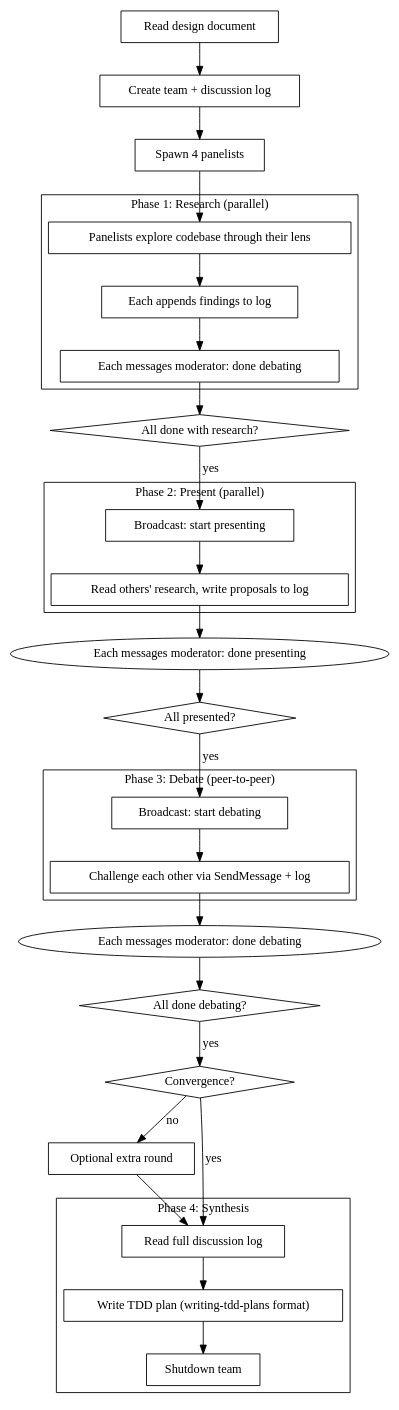
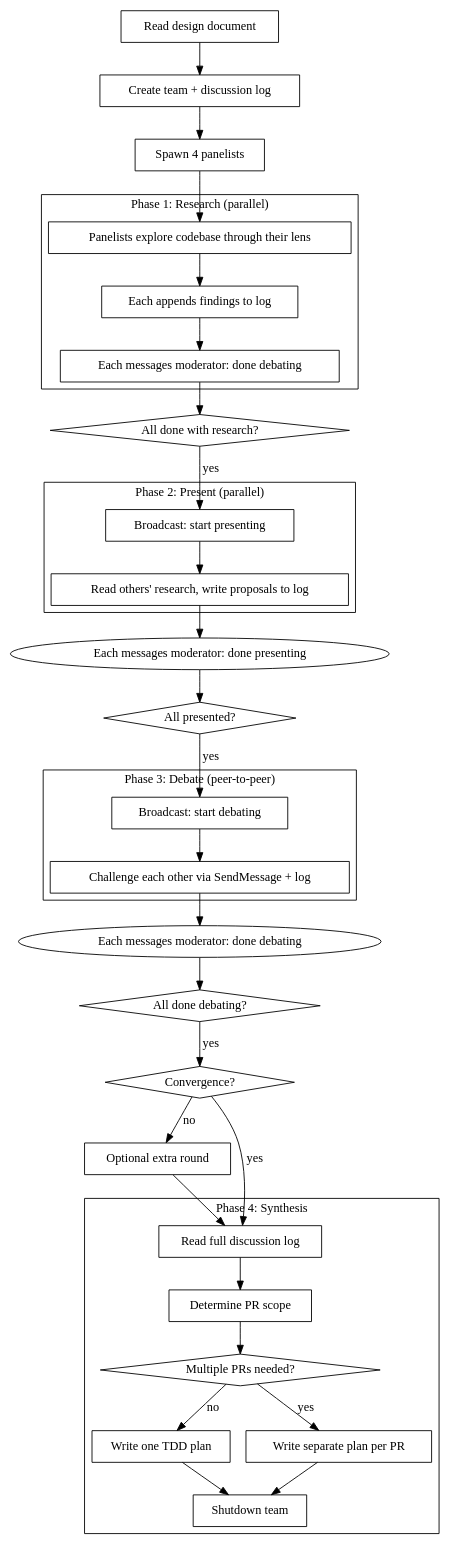
The second of 2 diagrams in skills/debating-tdd-plans/SKILL.md (Dethon/ai-dev-flow), drawn with Graphviz before and after one commit. The commit also changed other lines of this file and 3 other files, not shown here.

````diff
--- a/skills/debating-tdd-plans/SKILL.md
+++ b/skills/debating-tdd-plans/SKILL.md
@@ -55,72 +55,79 @@
 ```dot
 digraph process {
     rankdir=TB;
 
     "Read design document" [shape=box];
     "Create team + discussion log" [shape=box];
     "Spawn 4 panelists" [shape=box];
 
     subgraph cluster_research {
         label="Phase 1: Research (parallel)";
         "Panelists explore codebase through their lens" [shape=box];
         "Each appends findings to log" [shape=box];
         "Each messages moderator: done" [shape=box];
     }
 
     "All done with research?" [shape=diamond];
 
     subgraph cluster_present {
         label="Phase 2: Present (parallel)";
         "Broadcast: start presenting" [shape=box];
         "Read others' research, write proposals to log" [shape=box];
         "Each messages moderator: done" [shape=box, label="Each messages moderator: done presenting"];
     }
 
     "All presented?" [shape=diamond];
 
     subgraph cluster_debate {
         label="Phase 3: Debate (peer-to-peer)";
         "Broadcast: start debating" [shape=box];
         "Challenge each other via SendMessage + log" [shape=box];
         "Each messages moderator: done" [shape=box, label="Each messages moderator: done debating"];
     }
 
     "All done debating?" [shape=diamond];
     "Convergence?" [shape=diamond];
     "Optional extra round" [shape=box];
 
     subgraph cluster_synthesis {
         label="Phase 4: Synthesis";
         "Read full discussion log" [shape=box];
-        "Write TDD plan (writing-tdd-plans format)" [shape=box];
+        "Determine PR scope" [shape=box];
+        "Multiple PRs needed?" [shape=diamond];
+        "Write one TDD plan" [shape=box];
+        "Write separate plan per PR" [shape=box];
         "Shutdown team" [shape=box];
     }
 
     "Read design document" -> "Create team + discussion log";
     "Create team + discussion log" -> "Spawn 4 panelists";
     "Spawn 4 panelists" -> "Panelists explore codebase through their lens";
     "Panelists explore codebase through their lens" -> "Each appends findings to log";
     "Each appends findings to log" -> "Each messages moderator: done";
     "Each messages moderator: done" -> "All done with research?";
 
     "All done with research?" -> "Broadcast: start presenting" [label="yes"];
 
     "Broadcast: start presenting" -> "Read others' research, write proposals to log";
     "Read others' research, write proposals to log" -> "Each messages moderator: done presenting";
     "Each messages moderator: done presenting" -> "All presented?";
 
     "All presented?" -> "Broadcast: start debating" [label="yes"];
 
     "Broadcast: start debating" -> "Challenge each other via SendMessage + log";
     "Challenge each other via SendMessage + log" -> "Each messages moderator: done debating";
     "Each messages moderator: done debating" -> "All done debating?";
 
     "All done debating?" -> "Convergence?" [label="yes"];
     "Convergence?" -> "Read full discussion log" [label="yes"];
     "Convergence?" -> "Optional extra round" [label="no"];
     "Optional extra round" -> "Read full discussion log";
 
-    "Read full discussion log" -> "Write TDD plan (writing-tdd-plans format)";
-    "Write TDD plan (writing-tdd-plans format)" -> "Shutdown team";
+    "Read full discussion log" -> "Determine PR scope";
+    "Determine PR scope" -> "Multiple PRs needed?";
+    "Multiple PRs needed?" -> "Write one TDD plan" [label="no"];
+    "Multiple PRs needed?" -> "Write separate plan per PR" [label="yes"];
+    "Write one TDD plan" -> "Shutdown team";
+    "Write separate plan per PR" -> "Shutdown team";
 }
 ```
````
